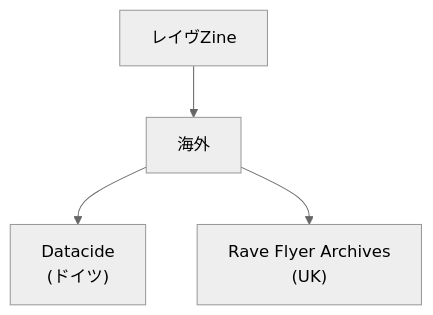
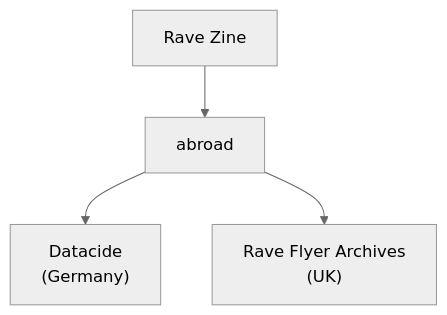
The diagram in en/_posts/2025-09-29-Column-Rave-Zine-Save.md (monumental-movement/monumental-movement.github.io), drawn with Mermaid (neutral theme) before and after one commit. The commit also changed other lines of this file and 152 other files, not shown here.

```diff
--- a/en/_posts/2025-09-29-Column-Rave-Zine-Save.md
+++ b/en/_posts/2025-09-29-Column-Rave-Zine-Save.md
@@ -96,8 +96,8 @@
 <div class="mermaid">
 flowchart TD
 
-    A["レイヴZine"] --> B["海外"]
+    A["Rave Zine"] --> B["abroad"]
     
-    B --> B1["Datacide<br>(ドイツ)"]
+    B --> B1["Datacide<br>(Germany)"]
     B --> B2["Rave Flyer Archives<br>(UK)"]
 </div>
```
